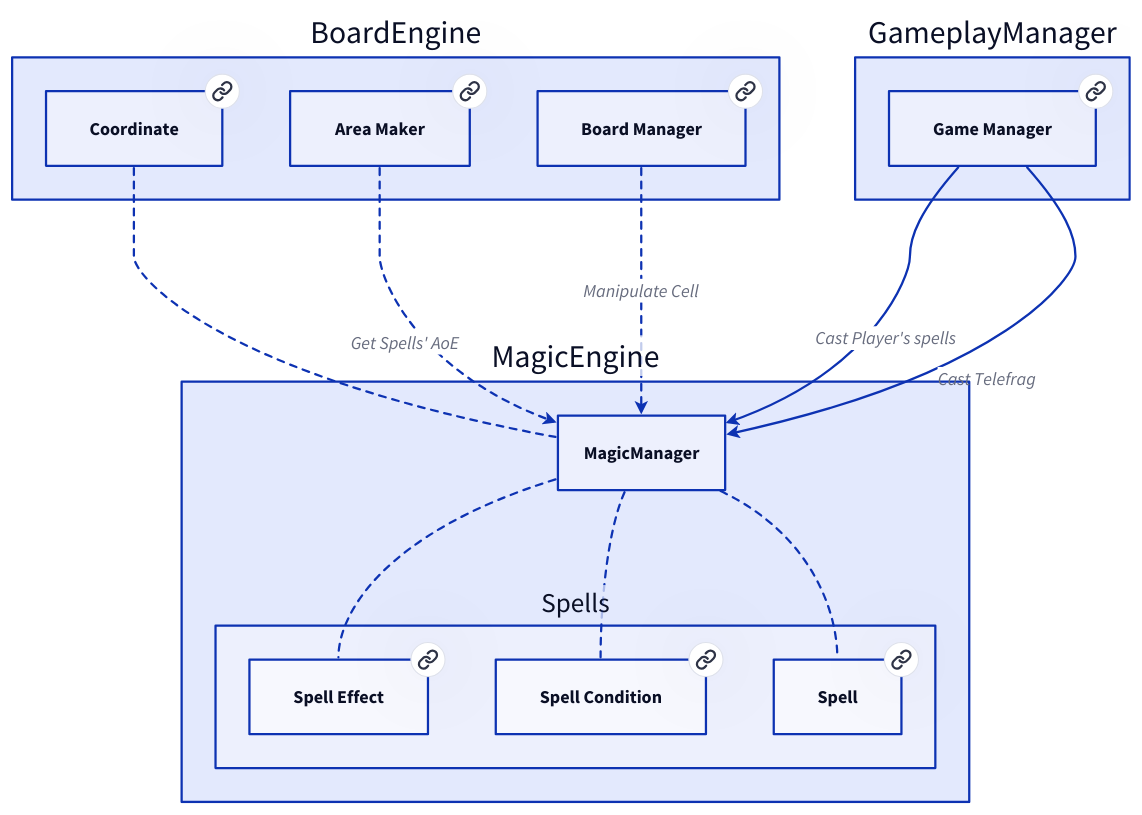
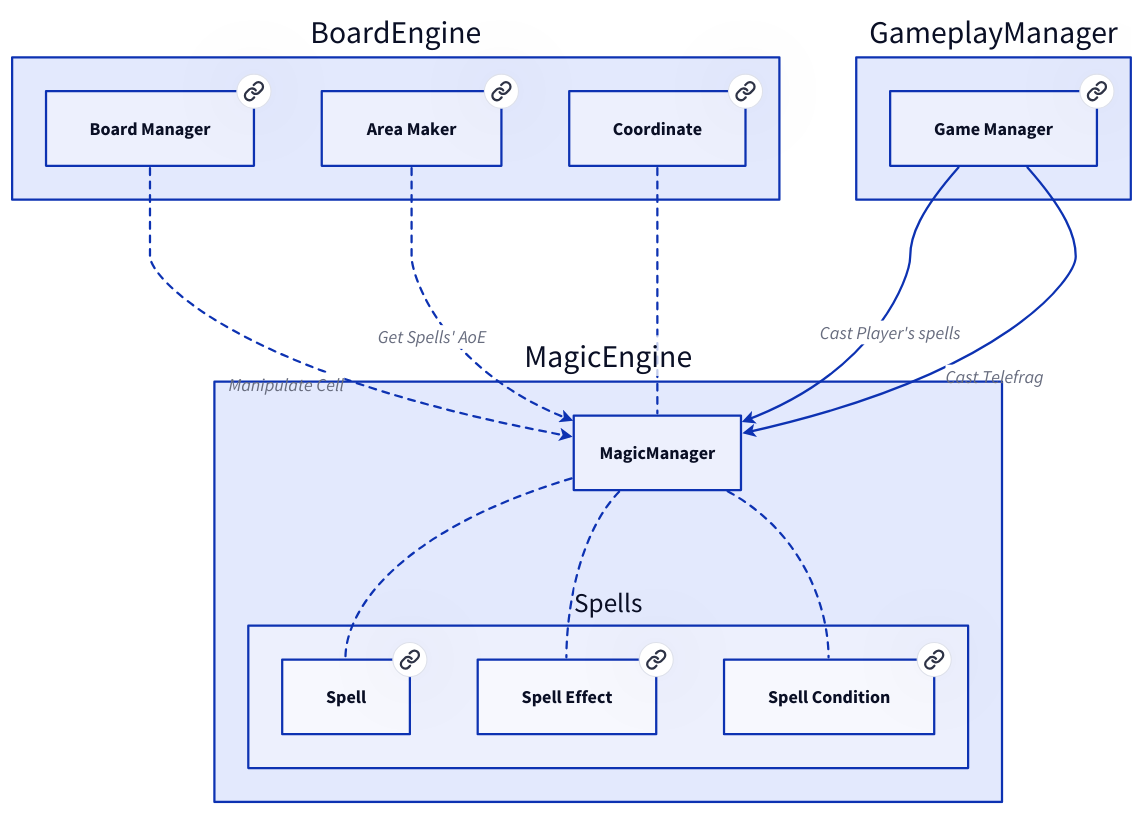
The diagram in doc/graphs/d2/MagicManager.d2 (Portevent/Brume-Documentation), drawn with D2 before and after one commit. The commit also changed other lines of this file and 90 other files, not shown here.

```diff
--- a/doc/graphs/d2/MagicManager.d2
+++ b/doc/graphs/d2/MagicManager.d2
@@ -1,52 +1,52 @@
 # Nodes :
 BoardEngine: {
+    BoardManager: Board Manager {
+       link: BoardManager
+    }
     AreaMaker: Area Maker {
        link: AreaMaker
     }
     Coordinate: Coordinate {
        link: Coordinate
     }
-    BoardManager: Board Manager {
-       link: BoardManager
+}
+GameplayManager: {
+    GameManager: Game Manager {
+       link: GameManager
     }
 }
 MagicEngine: {
     Spells: {
-        SpellEffect: Spell Effect {
-           link: SpellEffect
+        Spell: Spell {
+           link: Spell
         }
         SpellCondition: Spell Condition {
            link: SpellCondition
         }
-        Spell: Spell {
-           link: Spell
+        SpellEffect: Spell Effect {
+           link: SpellEffect
         }
-    }
-}
-GameplayManager: {
-    GameManager: Game Manager {
-       link: GameManager
     }
 }
 
 # Links :
 BoardEngine.Coordinate -- MagicEngine.MagicManager: {style.stroke-dash: 3}
 MagicEngine.MagicManager -- MagicEngine.Spells.Spell: {style.stroke-dash: 3}
 MagicEngine.MagicManager -- MagicEngine.Spells.SpellEffect: {style.stroke-dash: 3}
 MagicEngine.MagicManager -- MagicEngine.Spells.SpellCondition: {style.stroke-dash: 3}
 BoardEngine.AreaMaker -> MagicEngine.MagicManager: Get Spells' AoE {style.stroke-dash: 3
 source-arrowhead: {}
 target-arrowhead: {shape: arrow}
 }
-BoardEngine.BoardManager -> MagicEngine.MagicManager: Manipulate Cell {style.stroke-dash: 3
-source-arrowhead: {}
-target-arrowhead: {shape: arrow}
-}
 GameplayManager.GameManager -> MagicEngine.MagicManager: Cast Player's spells {
 source-arrowhead: {}
 target-arrowhead: {shape: arrow}
 }
 GameplayManager.GameManager -> MagicEngine.MagicManager: Cast Telefrag {
 source-arrowhead: {}
 target-arrowhead: {shape: arrow}
 }
+BoardEngine.BoardManager -> MagicEngine.MagicManager: Manipulate Cell {style.stroke-dash: 3
+source-arrowhead: {}
+target-arrowhead: {shape: arrow}
+}
```
